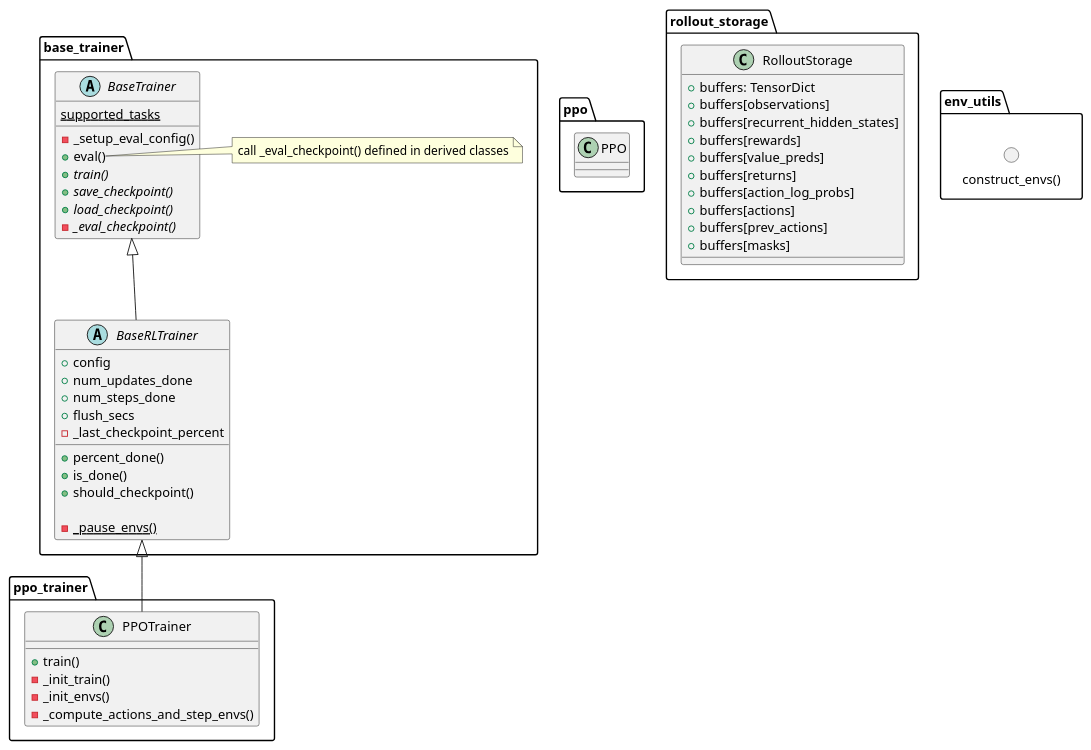
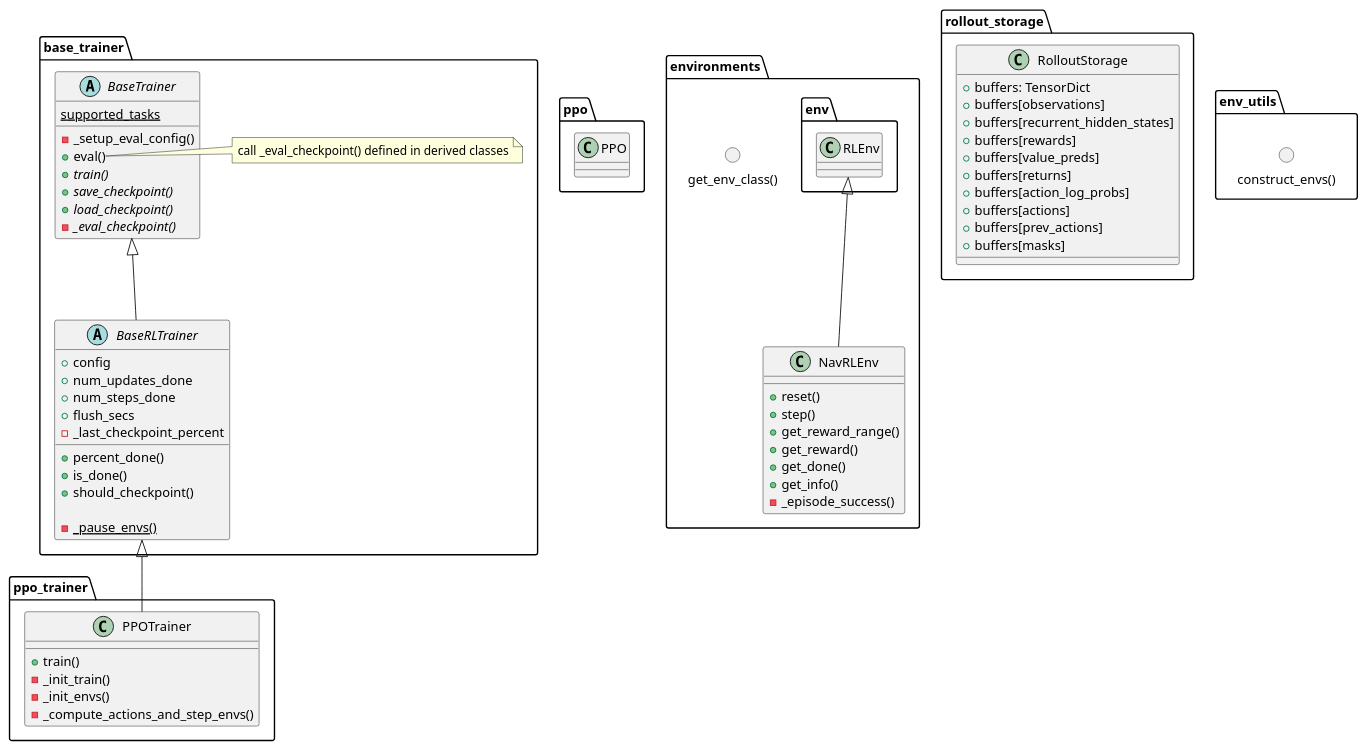
Before and after one commit to againxx/Notes: the eighth of 8 diagrams in Projects/Scanbot/habitat_lab.md, drawn with PlantUML. The commit also changed other lines of this file and 17 other files, not shown here.

```diff
--- a/Projects/Scanbot/habitat_lab.md
+++ b/Projects/Scanbot/habitat_lab.md
@@ -502,6 +534,22 @@
     }
 }
 
+package environments {
+    () "get_env_class()"
+
+    class NavRLEnv {
+        +reset()
+        +step()
+        +get_reward_range()
+        +get_reward()
+        +get_done()
+        +get_info()
+        -_episode_success()
+    }
+    env.RLEnv <|-- NavRLEnv
+}
+
+
 package rollout_storage {
     class RolloutStorage {
         +buffers: TensorDict
```
